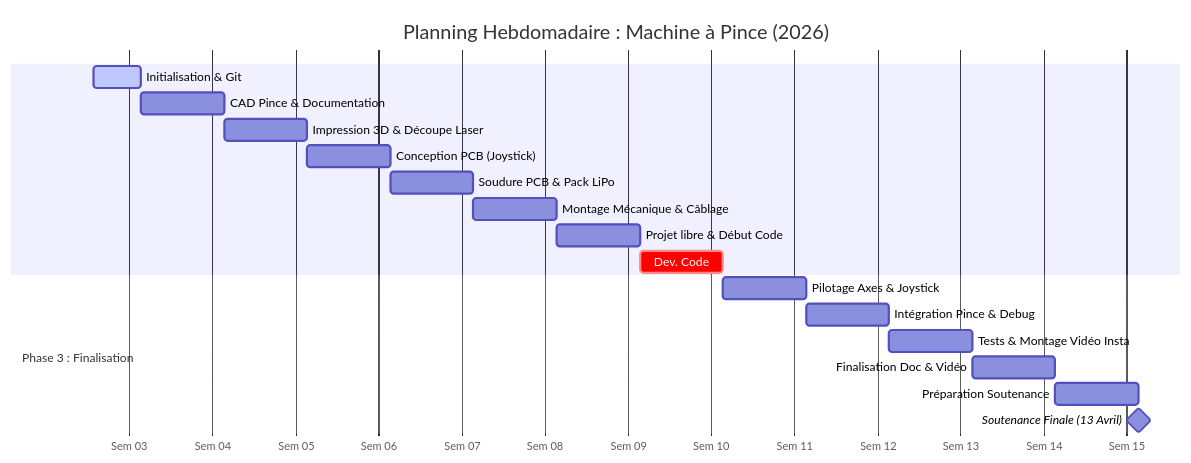
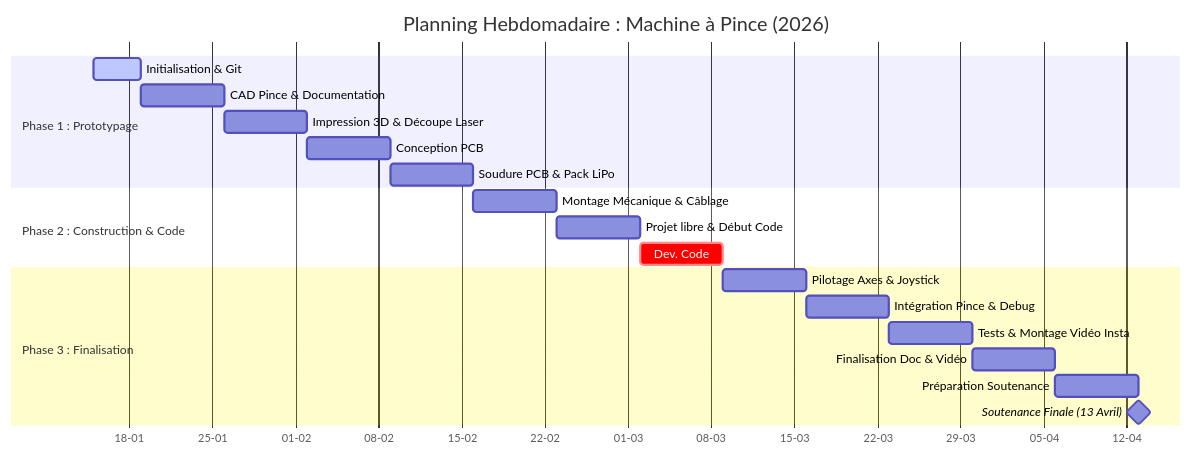
One commit to emiz-jh/2526_Maker_ClawMachine changed the diagram in README.md. Above: the diagram before and after it, drawn with Mermaid. The commit also changed other lines of this file, not shown here.

Commit message:
MAJ Gantt

````diff
--- a/README.md
+++ b/README.md
@@ -45,24 +45,27 @@
 ```mermaid
 gantt
     title Planning Hebdomadaire : Machine à Pince (2026)
     dateFormat  YYYY-MM-DD
-    axisFormat  Sem %U
+    axisFormat  %d-%m
+    tickInterval 1w
 
+    section Phase 1 : Prototypage
     Initialisation & Git           :active, s1, 2026-01-15, 4d
     CAD Pince & Documentation      :s2, 2026-01-19, 7d
     Impression 3D & Découpe Laser  :s3, 2026-01-26, 7d
-    Conception PCB (Joystick)      :s4, 2026-02-02, 7d
+    Conception PCB                 :s4, 2026-02-02, 7d
     Soudure PCB & Pack LiPo        :s5, 2026-02-09, 7d
 
+    section Phase 2 : Construction & Code
     Montage Mécanique & Câblage    :b1, 2026-02-16, 7d
     Projet libre & Début Code      :b2, 2026-02-23, 7d
-    Dev. Code           :crit, b3, 2026-03-02, 7d
+    Dev. Code                      :crit, b3, 2026-03-02, 7d
 
     section Phase 3 : Finalisation
     Pilotage Axes & Joystick       :b4, 2026-03-09, 7d
-    Intégration Pince & Debug     :b5, 2026-03-16, 7d
-    Tests & Montage Vidéo Insta   :b6, 2026-03-23, 7d
-    Finalisation Doc & Vidéo      :b7, 2026-03-30, 7d
-    Préparation Soutenance        :b8, 2026-04-06, 7d
-    Soutenance Finale (13 Avril)        :milestone, m1, 2026-04-13, 0d
+    Intégration Pince & Debug      :b5, 2026-03-16, 7d
+    Tests & Montage Vidéo Insta    :b6, 2026-03-23, 7d
+    Finalisation Doc & Vidéo       :b7, 2026-03-30, 7d
+    Préparation Soutenance         :b8, 2026-04-06, 7d
+    Soutenance Finale (13 Avril)   :milestone, m1, 2026-04-13, 0d
 ``` 
````
